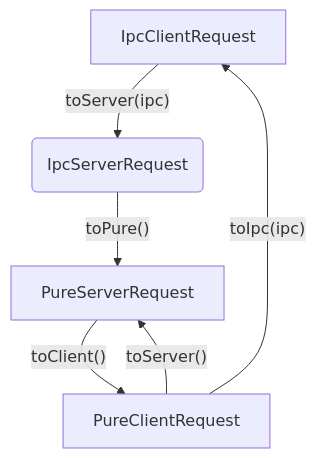
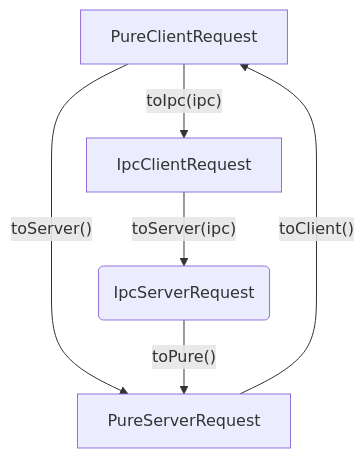
One commit to BioforestChain/dweb_browser changed the diagram in next/kmp/core/src/commonMain/kotlin/org/dweb_browser/core/README.md. Above: the diagram before and after it, drawn with Mermaid. The commit also changed other lines of this file, not shown here.

````diff
--- a/next/kmp/core/src/commonMain/kotlin/org/dweb_browser/core/README.md
+++ b/next/kmp/core/src/commonMain/kotlin/org/dweb_browser/core/README.md
@@ -3,8 +3,8 @@
 ```mermaid
 flowchart TD
+    D -->|"toServer()"| C
     A[IpcClientRequest] -->|"toServer(ipc)"| B(IpcServerRequest)
     B -->|"toPure()"| C[PureServerRequest]
     C -->|"toClient()"| D[PureClientRequest]
-    D -->|"toServer()"| C
     D -->|"toIpc(ipc)"| A
 ```
````
